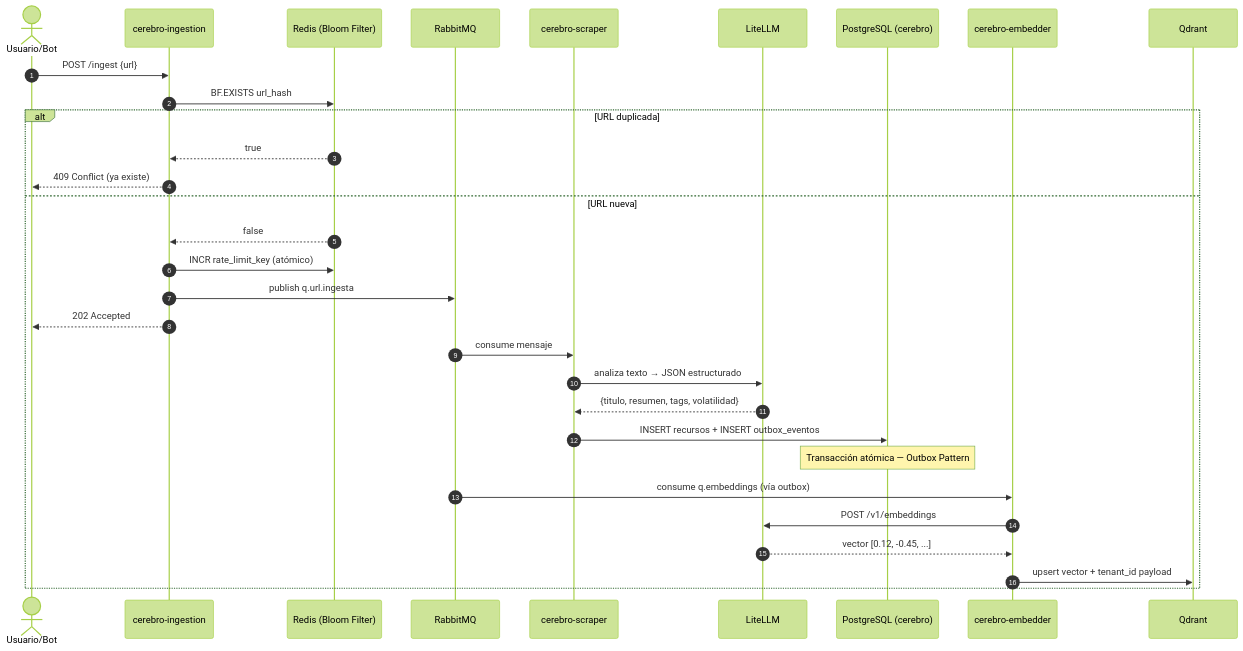
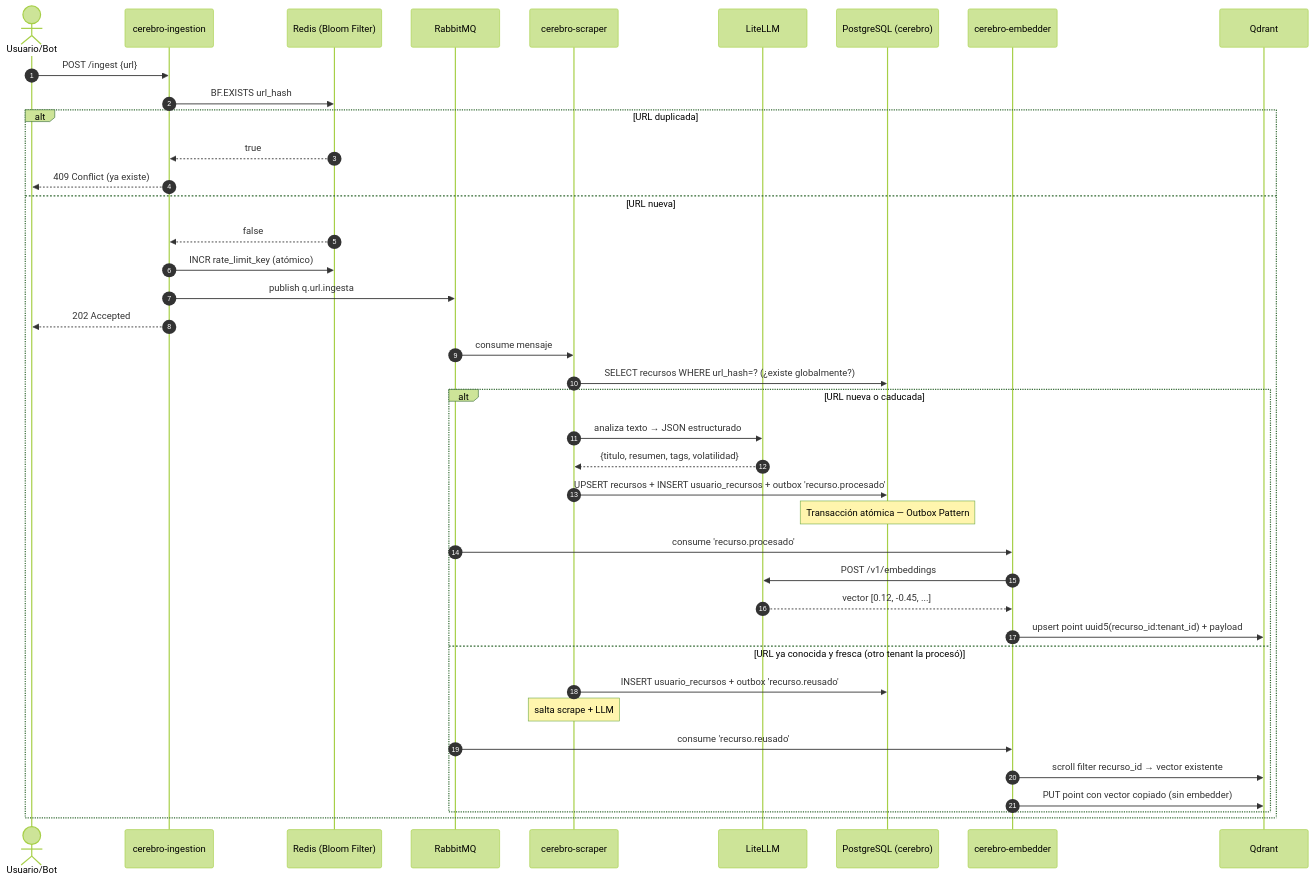
The second of 5 diagrams in docs/src/6_arquitectura.md (sylfG/linkanvil), drawn with Mermaid (forest theme) before and after one commit. The commit also changed other lines of this file and 6 other files, not shown here.

Commit message:
docs: update documentation and architecture diagrams

````diff
--- a/docs/src/6_arquitectura.md
+++ b/docs/src/6_arquitectura.md
@@ -136,34 +136,43 @@
 ```mermaid
 sequenceDiagram
     autonumber
     actor U as Usuario/Bot
     participant IG as cerebro-ingestion
     participant RD as Redis (Bloom Filter)
     participant MQ as RabbitMQ
     participant SC as cerebro-scraper
     participant LLM as LiteLLM
     participant PG as PostgreSQL (cerebro)
     participant EM as cerebro-embedder
     participant QD as Qdrant
 
     U->>IG: POST /ingest {url}
     IG->>RD: BF.EXISTS url_hash
     alt URL duplicada
         RD-->>IG: true
         IG-->>U: 409 Conflict (ya existe)
     else URL nueva
         RD-->>IG: false
         IG->>RD: INCR rate_limit_key (atómico)
         IG->>MQ: publish q.url.ingesta
         IG-->>U: 202 Accepted
         MQ->>SC: consume mensaje
-        SC->>LLM: analiza texto → JSON estructurado
-        LLM-->>SC: {titulo, resumen, tags, volatilidad}
-        SC->>PG: INSERT recursos + INSERT outbox_eventos
-        Note over PG: Transacción atómica — Outbox Pattern
-        MQ->>EM: consume q.embeddings (vía outbox)
-        EM->>LLM: POST /v1/embeddings
-        LLM-->>EM: vector [0.12, -0.45, ...]
-        EM->>QD: upsert vector + tenant_id payload
+        SC->>PG: SELECT recursos WHERE url_hash=? (¿existe globalmente?)
+        alt URL nueva o caducada
+            SC->>LLM: analiza texto → JSON estructurado
+            LLM-->>SC: {titulo, resumen, tags, volatilidad}
+            SC->>PG: UPSERT recursos + INSERT usuario_recursos + outbox 'recurso.procesado'
+            Note over PG: Transacción atómica — Outbox Pattern
+            MQ->>EM: consume 'recurso.procesado'
+            EM->>LLM: POST /v1/embeddings
+            LLM-->>EM: vector [0.12, -0.45, ...]
+            EM->>QD: upsert point uuid5(recurso_id:tenant_id) + payload
+        else URL ya conocida y fresca (otro tenant la procesó)
+            SC->>PG: INSERT usuario_recursos + outbox 'recurso.reusado'
+            Note over SC: salta scrape + LLM
+            MQ->>EM: consume 'recurso.reusado'
+            EM->>QD: scroll filter recurso_id → vector existente
+            EM->>QD: PUT point con vector copiado (sin embedder)
+        end
     end
 ```
````
